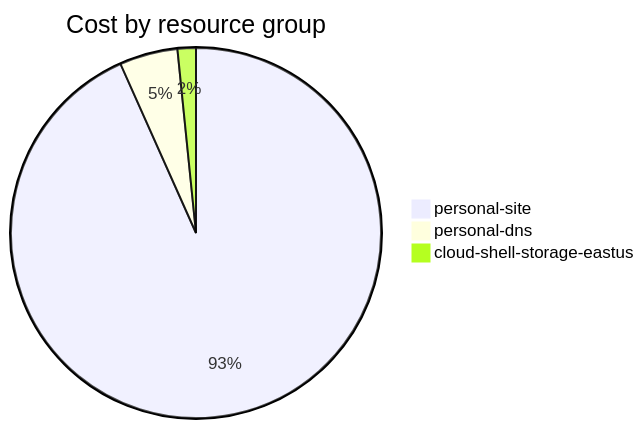
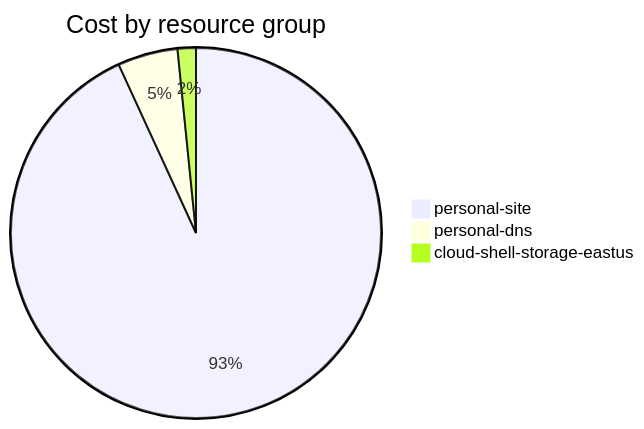
Before and after one commit to jpfulton/azure-personal-reports: the fourth of 4 diagrams in cost-reports/accumulated-cost.md, drawn with Mermaid. The commit also changed other lines of this file and 4 other files, not shown here.

````diff
--- a/cost-reports/accumulated-cost.md
+++ b/cost-reports/accumulated-cost.md
@@ -143,7 +143,7 @@
 ```mermaid
 pie
    title Cost by resource group
-   "personal-site" : 3.49
-   "personal-dns" : 0.19
-   "cloud-shell-storage-eastus" : 0.06
+   "personal-site" : 4.08
+   "personal-dns" : 0.23
+   "cloud-shell-storage-eastus" : 0.07
 ```
````
